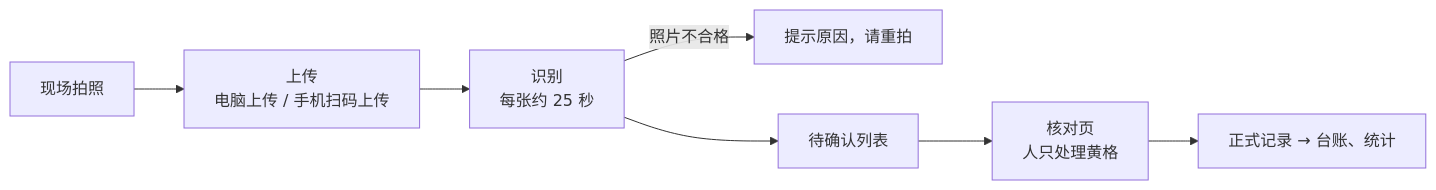
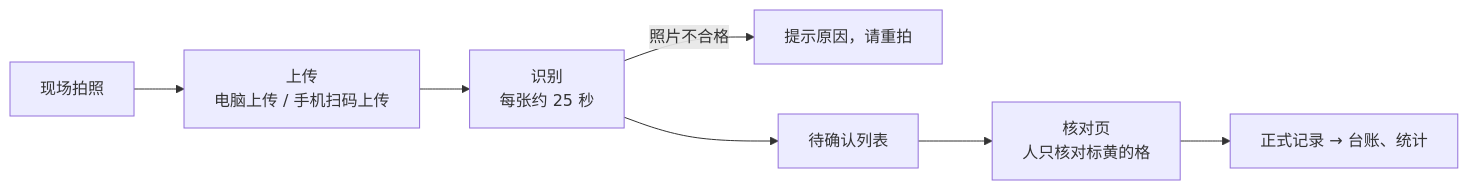
The first of 2 diagrams in apps/web/src/content/posts/handwritten-forms-1.mdx (bencode/walden), drawn with Mermaid before and after one commit. The commit also changed other lines of this file and 11 other files, not shown here.

````diff
--- a/apps/web/src/content/posts/handwritten-forms-1.mdx
+++ b/apps/web/src/content/posts/handwritten-forms-1.mdx
@@ -15,9 +15,9 @@
 ```mermaid
 flowchart LR
   A["现场拍照"] --> B["上传<br/>电脑上传 / 手机扫码上传"]
   B --> C["识别<br/>每张约 25 秒"]
   C -- 照片不合格 --> X["提示原因，请重拍"]
   C --> D["待确认列表"]
-  D --> E["核对页<br/>人只处理黄格"]
+  D --> E["核对页<br/>人只核对标黄的格"]
   E --> F["正式记录 → 台账、统计"]
 ```
````
